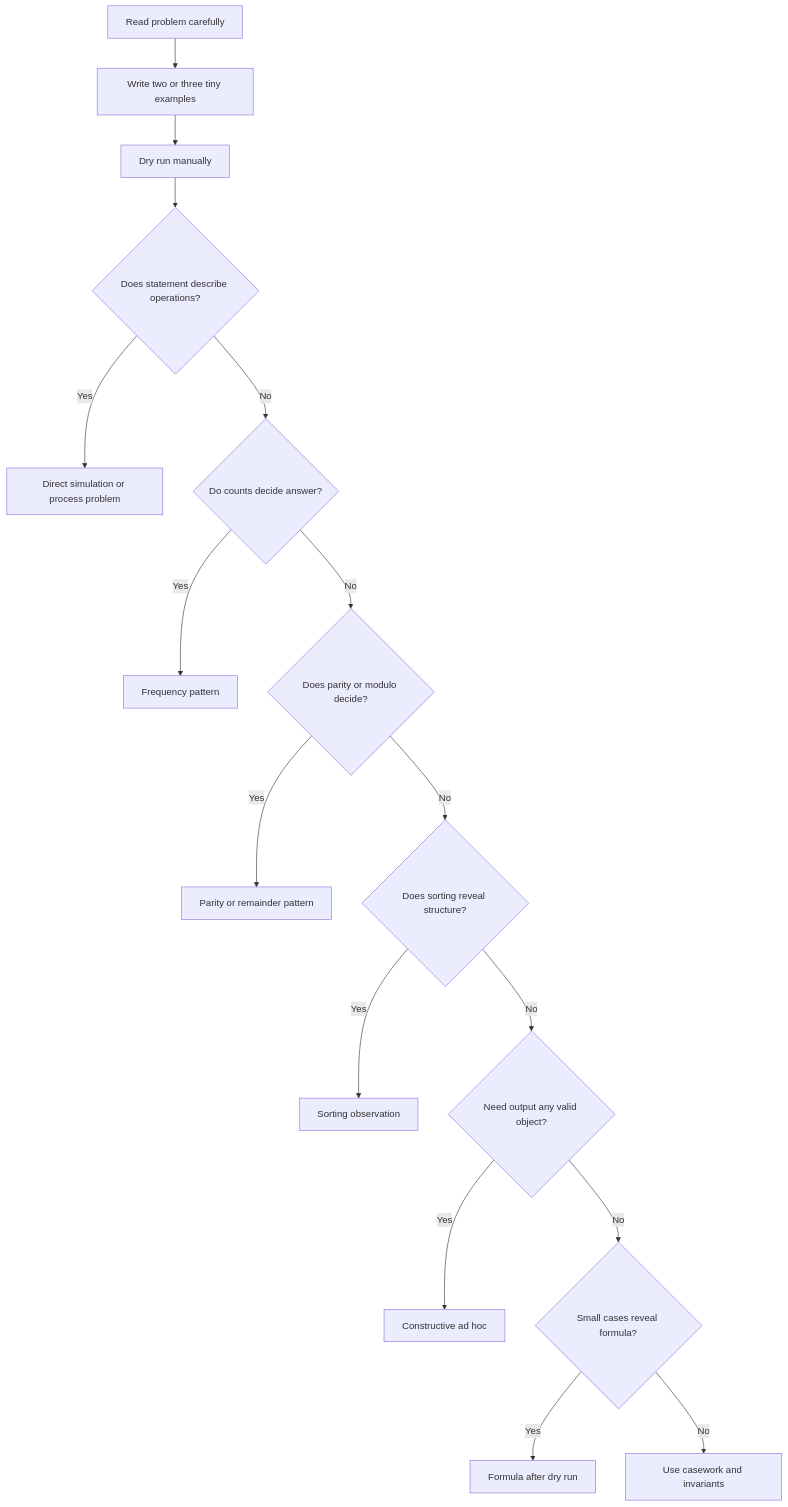
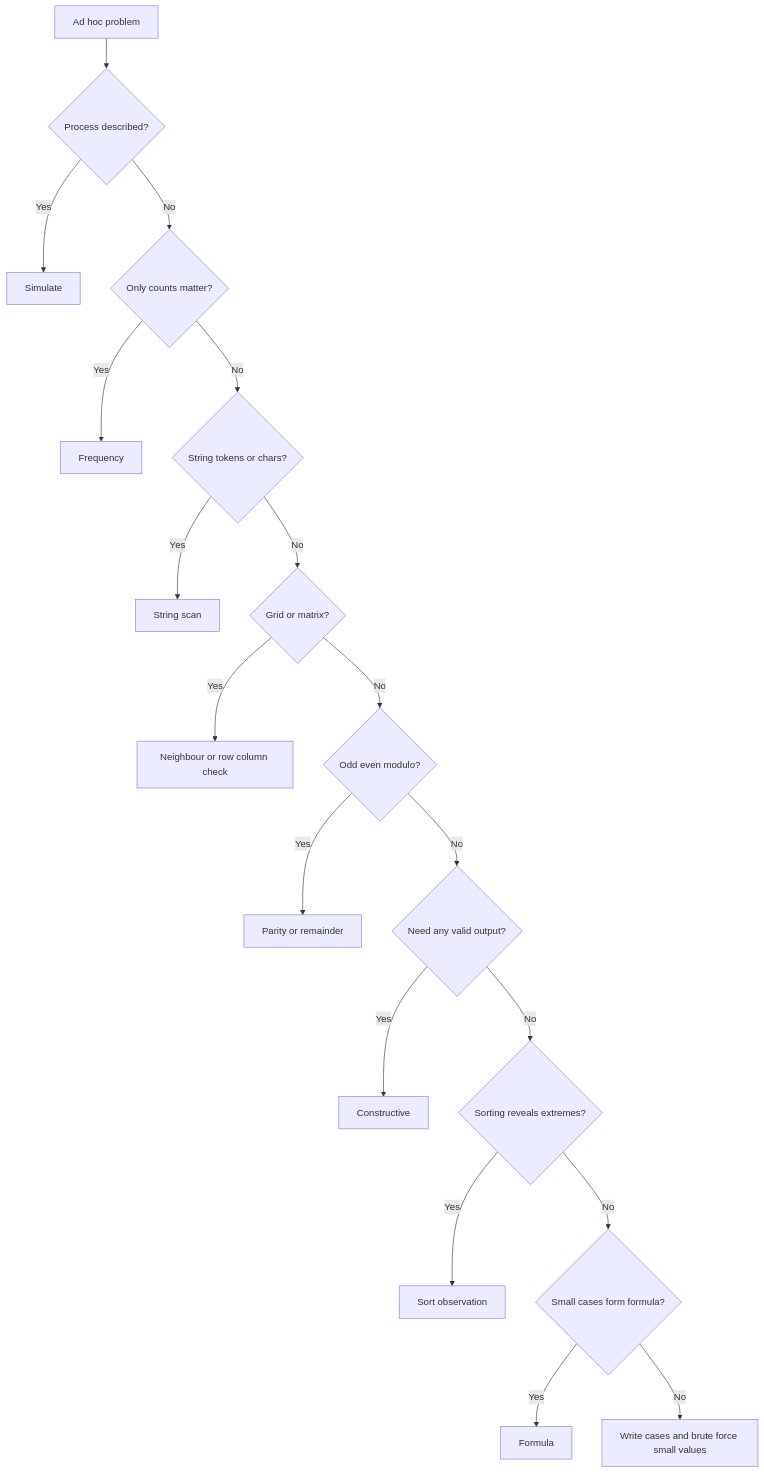
The second of 23 diagrams in CP_DSA_NOTES/001_TOPIC_WISE/013_ADHOC_PROBLEMS.md (mthaiseer/springcloud-systemdesign-notes), drawn with Mermaid before and after one commit. The commit also changed other lines of this file and 1 other file, not shown here.

````diff
--- a/CP_DSA_NOTES/001_TOPIC_WISE/013_ADHOC_PROBLEMS.md
+++ b/CP_DSA_NOTES/001_TOPIC_WISE/013_ADHOC_PROBLEMS.md
@@ -123,18 +123,20 @@
 ```mermaid
 flowchart TD
-    A["Read problem carefully"] --> B["Write two or three tiny examples"]
-    B --> C["Dry run manually"]
-    C --> D{"Does statement describe operations?"}
-    D -->|Yes| E["Direct simulation or process problem"]
-    D -->|No| F{"Do counts decide answer?"}
-    F -->|Yes| G["Frequency pattern"]
-    F -->|No| H{"Does parity or modulo decide?"}
-    H -->|Yes| I["Parity or remainder pattern"]
-    H -->|No| J{"Does sorting reveal structure?"}
-    J -->|Yes| K["Sorting observation"]
-    J -->|No| L{"Need output any valid object?"}
-    L -->|Yes| M["Constructive ad hoc"]
-    L -->|No| N{"Small cases reveal formula?"}
-    N -->|Yes| O["Formula after dry run"]
-    N -->|No| P["Use casework and invariants"]
+    A["Ad hoc problem"] --> B{"Process described?"}
+    B -->|Yes| C["Simulate"]
+    B -->|No| D{"Only counts matter?"}
+    D -->|Yes| E["Frequency"]
+    D -->|No| F{"String tokens or chars?"}
+    F -->|Yes| G["String scan"]
+    F -->|No| H{"Grid or matrix?"}
+    H -->|Yes| I["Neighbour or row column check"]
+    H -->|No| J{"Odd even modulo?"}
+    J -->|Yes| K["Parity or remainder"]
+    J -->|No| L{"Need any valid output?"}
+    L -->|Yes| M["Constructive"]
+    L -->|No| N{"Sorting reveals extremes?"}
+    N -->|Yes| O["Sort observation"]
+    N -->|No| P{"Small cases form formula?"}
+    P -->|Yes| Q["Formula"]
+    P -->|No| R["Write cases and brute force small values"]
 ```
````
